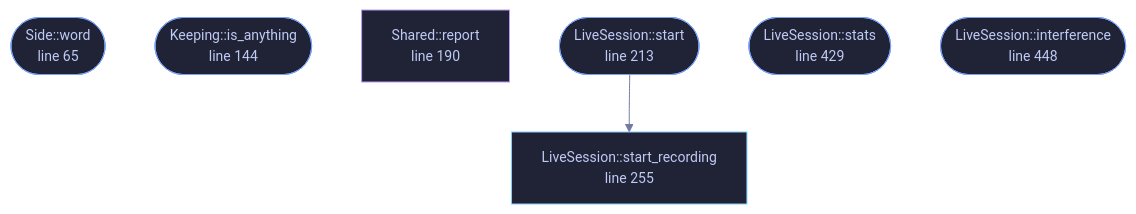
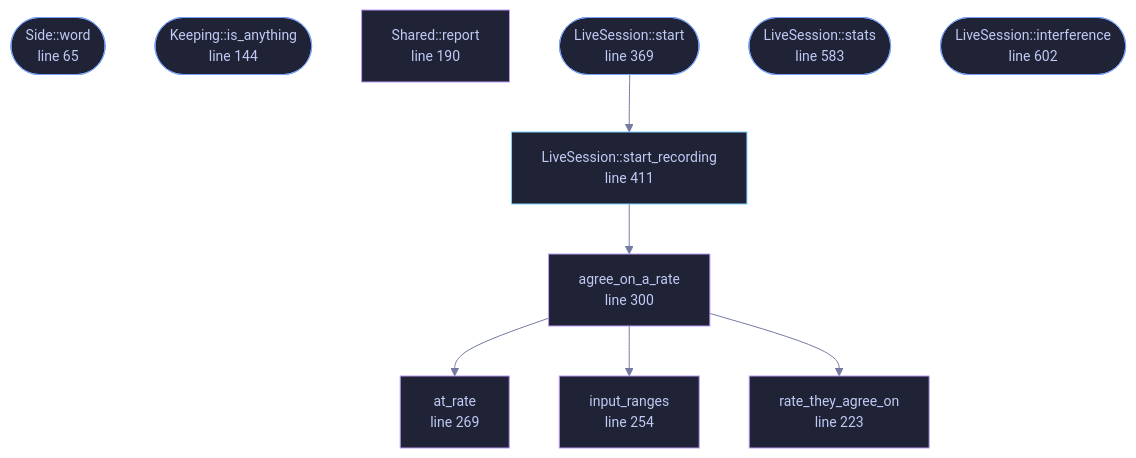
The diagram in wiki/File-veilvoice-audio-live.md (tilas01/veilvoice), drawn with Mermaid before and after one commit. The commit also changed other lines of this file and 20 other files, not shown here.

````diff
--- a/wiki/File-veilvoice-audio-live.md
+++ b/wiki/File-veilvoice-audio-live.md
@@ -92,25 +92,37 @@
 ```mermaid
 %%{init: {"theme":"base","themeVariables":{"background":"#1a1b26","primaryColor":"#1f2335","primaryTextColor":"#c0caf5","primaryBorderColor":"#7aa2f7","secondaryColor":"#16161e","tertiaryColor":"#16161e","lineColor":"#737aa2","textColor":"#c0caf5","mainBkg":"#1f2335","nodeBorder":"#7aa2f7","clusterBkg":"#16161e","clusterBorder":"#2f3549","fontFamily":"ui-monospace, SFMono-Regular, Consolas, monospace","fontSize":"14px"}}}%%
 flowchart TD
     n_word(["Side::word<br/>line 65"])
     n_is_anything(["Keeping::is_anything<br/>line 144"])
     n_report["Shared::report<br/>line 190"]
-    n_start(["LiveSession::start<br/>line 213"])
-    n_start_recording["LiveSession::start_recording<br/>line 255"]
-    n_stats(["LiveSession::stats<br/>line 429"])
-    n_interference(["LiveSession::interference<br/>line 448"])
+    n_rate_they_agree_on["rate_they_agree_on<br/>line 223"]
+    n_input_ranges["input_ranges<br/>line 254"]
+    n_at_rate["at_rate<br/>line 269"]
+    n_agree_on_a_rate["agree_on_a_rate<br/>line 300"]
+    n_start(["LiveSession::start<br/>line 369"])
+    n_start_recording["LiveSession::start_recording<br/>line 411"]
+    n_stats(["LiveSession::stats<br/>line 583"])
+    n_interference(["LiveSession::interference<br/>line 602"])
+    n_agree_on_a_rate --> n_at_rate
+    n_agree_on_a_rate --> n_input_ranges
+    n_agree_on_a_rate --> n_rate_they_agree_on
     n_start --> n_start_recording
+    n_start_recording --> n_agree_on_a_rate
     click n_word href "https://github.com/tilas01/veilvoice/blob/main/crates/veilvoice-audio/src/live.rs#L65" "open the source"
     click n_is_anything href "https://github.com/tilas01/veilvoice/blob/main/crates/veilvoice-audio/src/live.rs#L144" "open the source"
     click n_report href "https://github.com/tilas01/veilvoice/blob/main/crates/veilvoice-audio/src/live.rs#L190" "open the source"
-    click n_start href "https://github.com/tilas01/veilvoice/blob/main/crates/veilvoice-audio/src/live.rs#L213" "open the source"
-    click n_start_recording href "https://github.com/tilas01/veilvoice/blob/main/crates/veilvoice-audio/src/live.rs#L255" "open the source"
-    click n_stats href "https://github.com/tilas01/veilvoice/blob/main/crates/veilvoice-audio/src/live.rs#L429" "open the source"
-    click n_interference href "https://github.com/tilas01/veilvoice/blob/main/crates/veilvoice-audio/src/live.rs#L448" "open the source"
+    click n_rate_they_agree_on href "https://github.com/tilas01/veilvoice/blob/main/crates/veilvoice-audio/src/live.rs#L223" "open the source"
+    click n_input_ranges href "https://github.com/tilas01/veilvoice/blob/main/crates/veilvoice-audio/src/live.rs#L254" "open the source"
+    click n_at_rate href "https://github.com/tilas01/veilvoice/blob/main/crates/veilvoice-audio/src/live.rs#L269" "open the source"
+    click n_agree_on_a_rate href "https://github.com/tilas01/veilvoice/blob/main/crates/veilvoice-audio/src/live.rs#L300" "open the source"
+    click n_start href "https://github.com/tilas01/veilvoice/blob/main/crates/veilvoice-audio/src/live.rs#L369" "open the source"
+    click n_start_recording href "https://github.com/tilas01/veilvoice/blob/main/crates/veilvoice-audio/src/live.rs#L411" "open the source"
+    click n_stats href "https://github.com/tilas01/veilvoice/blob/main/crates/veilvoice-audio/src/live.rs#L583" "open the source"
+    click n_interference href "https://github.com/tilas01/veilvoice/blob/main/crates/veilvoice-audio/src/live.rs#L602" "open the source"
     classDef entry fill:#1f2335,stroke:#7aa2f7,color:#c0caf5
     class n_word,n_is_anything,n_start,n_stats,n_interference entry
     classDef api fill:#1f2335,stroke:#7dcfff,color:#c0caf5
     class n_start_recording api
     classDef helper fill:#1f2335,stroke:#bb9af7,color:#c0caf5
-    class n_report helper
+    class n_report,n_rate_they_agree_on,n_input_ranges,n_at_rate,n_agree_on_a_rate helper
 ```
````
